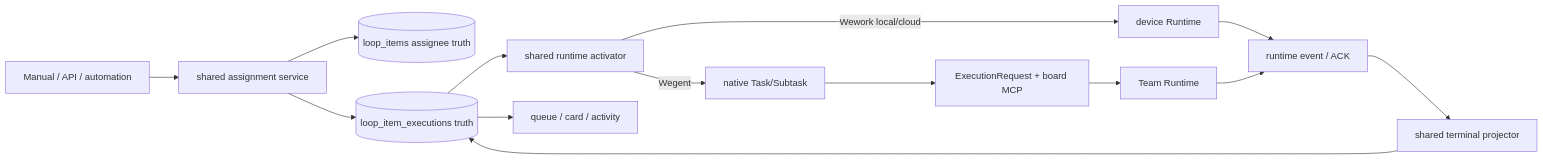
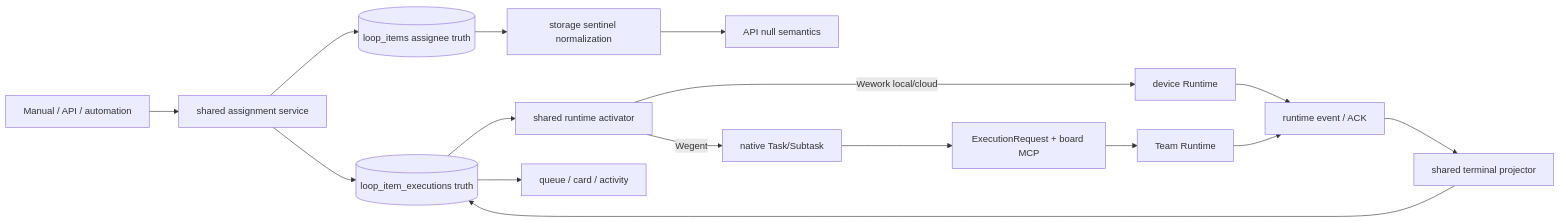
Before and after one commit to wecode-ai/Wegent: the first of 2 diagrams in docs/en/architecture/board-automation.md, drawn with Mermaid. The commit also changed other lines of this file and 6 other files, not shown here.

Commit message:
fix(backend): preserve team assignee sentinel semantics

````diff
--- a/docs/en/architecture/board-automation.md
+++ b/docs/en/architecture/board-automation.md
@@ -9,16 +9,18 @@
 ```mermaid
 flowchart LR
     ENTRY[Manual / API / automation] --> ASSIGN[shared assignment service]
     ASSIGN --> ITEM[(loop_items assignee truth)]
+    ITEM --> NORMALIZE[storage sentinel normalization]
+    NORMALIZE --> API[API null semantics]
     ASSIGN --> EXEC[(loop_item_executions truth)]
     EXEC --> ACTIVATE[shared runtime activator]
     ACTIVATE -->|Wework local/cloud| DEVICE[device Runtime]
     ACTIVATE -->|Wegent| TASK[native Task/Subtask]
     TASK --> REQUEST[ExecutionRequest + board MCP]
     REQUEST --> TEAM[Team Runtime]
     DEVICE --> EVENT[runtime event / ACK]
     TEAM --> EVENT
     EVENT --> PROJECT[shared terminal projector]
     PROJECT --> EXEC
     EXEC --> VIEW[queue / card / activity]
 ```
````
